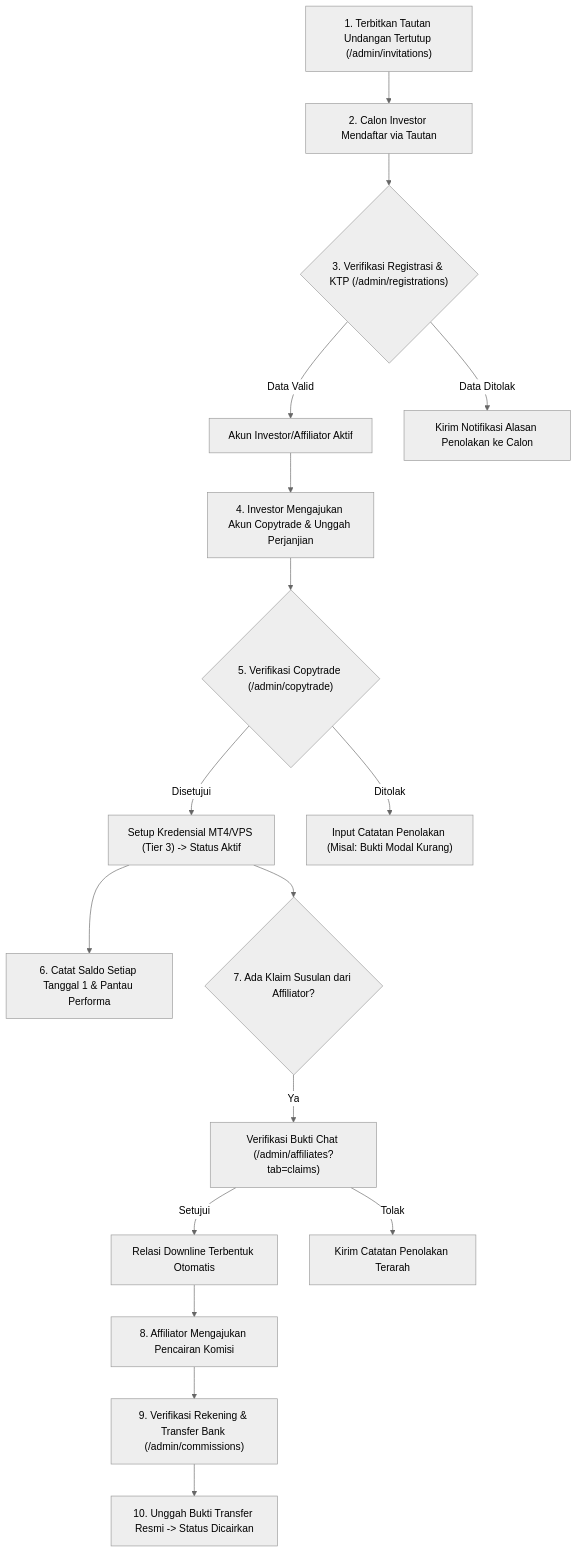
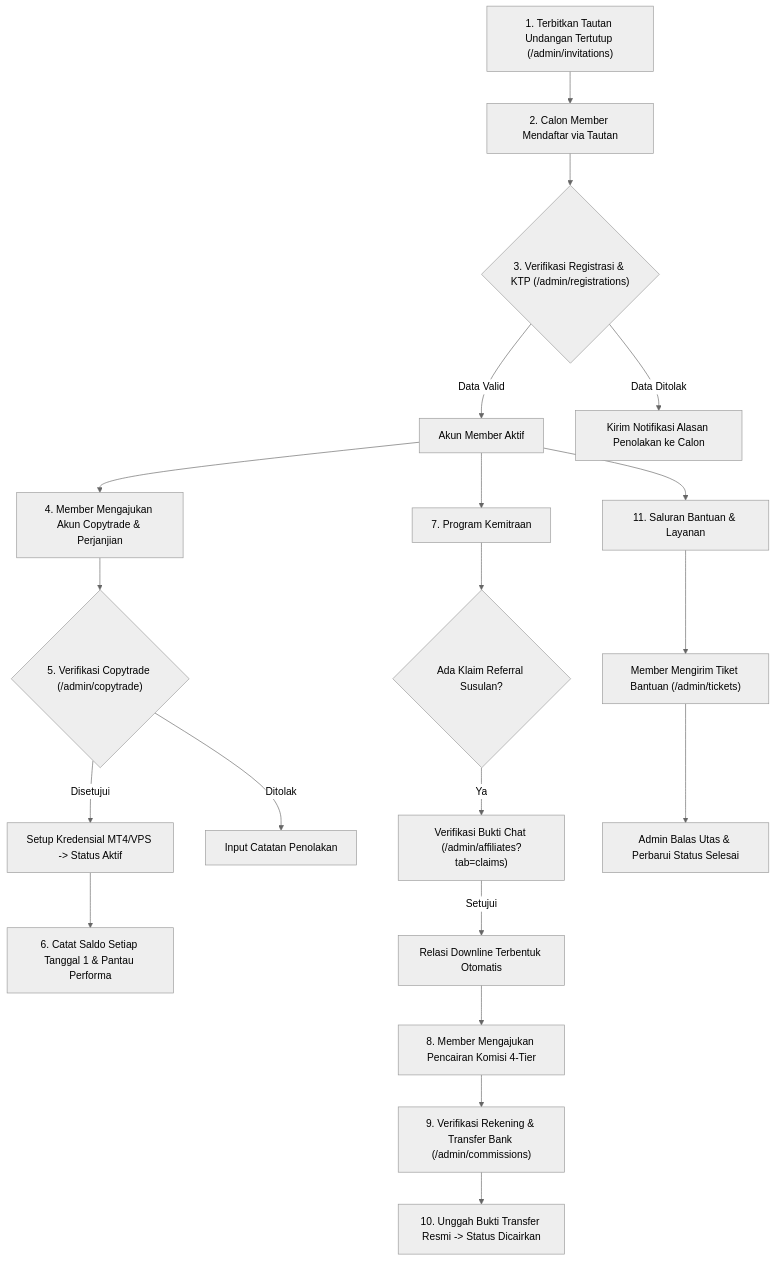
The diagram in docs/manual-book/panduan-admin.md (fransgabrielhutauruk/yzd-center), drawn with Mermaid (neutral theme) before and after one commit. The commit also changed other lines of this file and 6 other files, not shown here.

Commit message:
docs(manual): satukan panduan member dan perbarui panduan admin dengan modul tiket dan materi promosi

````diff
--- a/docs/manual-book/panduan-admin.md
+++ b/docs/manual-book/panduan-admin.md
@@ -87,19 +101,25 @@
 ```mermaid
 flowchart TD
-    A["1. Terbitkan Tautan Undangan Tertutup (/admin/invitations)"] --> B["2. Calon Investor Mendaftar via Tautan"]
+    A["1. Terbitkan Tautan Undangan Tertutup (/admin/invitations)"] --> B["2. Calon Member Mendaftar via Tautan"]
     B --> C{"3. Verifikasi Registrasi & KTP (/admin/registrations)"}
-    C -- "Data Valid" --> D["Akun Investor/Affiliator Aktif"]
+    C -- "Data Valid" --> D["Akun Member Aktif"]
     C -- "Data Ditolak" --> E["Kirim Notifikasi Alasan Penolakan ke Calon"]
-    D --> F["4. Investor Mengajukan Akun Copytrade & Unggah Perjanjian"]
+    
+    D --> F["4. Member Mengajukan Akun Copytrade & Perjanjian"]
     F --> G{"5. Verifikasi Copytrade (/admin/copytrade)"}
-    G -- "Disetujui" --> H["Setup Kredensial MT4/VPS (Tier 3) -> Status Aktif"]
-    G -- "Ditolak" --> I["Input Catatan Penolakan (Misal: Bukti Modal Kurang)"]
+    G -- "Disetujui" --> H["Setup Kredensial MT4/VPS -> Status Aktif"]
+    G -- "Ditolak" --> I["Input Catatan Penolakan"]
     H --> J["6. Catat Saldo Setiap Tanggal 1 & Pantau Performa"]
-    H --> K{"7. Ada Klaim Susulan dari Affiliator?"}
-    K -- "Ya" --> L["Verifikasi Bukti Chat (/admin/affiliates?tab=claims)"]
-    L -- "Setujui" --> M["Relasi Downline Terbentuk Otomatis"]
-    L -- "Tolak" --> N["Kirim Catatan Penolakan Terarah"]
-    M --> O["8. Affiliator Mengajukan Pencairan Komisi"]
+    
+    D --> K["7. Program Kemitraan"]
+    K --> L{"Ada Klaim Referral Susulan?"}
+    L -- "Ya" --> M["Verifikasi Bukti Chat (/admin/affiliates?tab=claims)"]
+    M -- "Setujui" --> N["Relasi Downline Terbentuk Otomatis"]
+    N --> O["8. Member Mengajukan Pencairan Komisi 4-Tier"]
     O --> P["9. Verifikasi Rekening & Transfer Bank (/admin/commissions)"]
     P --> Q["10. Unggah Bukti Transfer Resmi -> Status Dicairkan"]
+    
+    D --> R["11. Saluran Bantuan & Layanan"]
+    R --> S["Member Mengirim Tiket Bantuan (/admin/tickets)"]
+    S --> T["Admin Balas Utas & Perbarui Status Selesai"]
 ```
````
